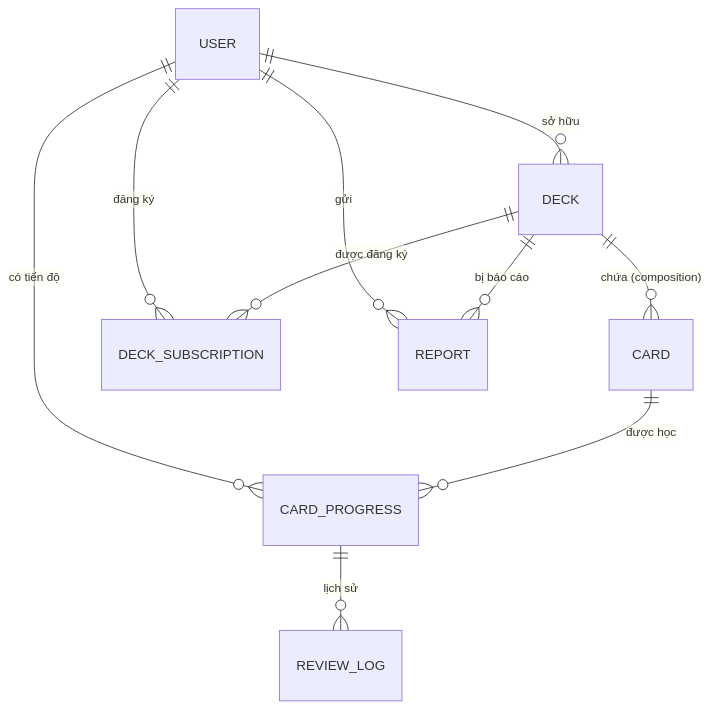
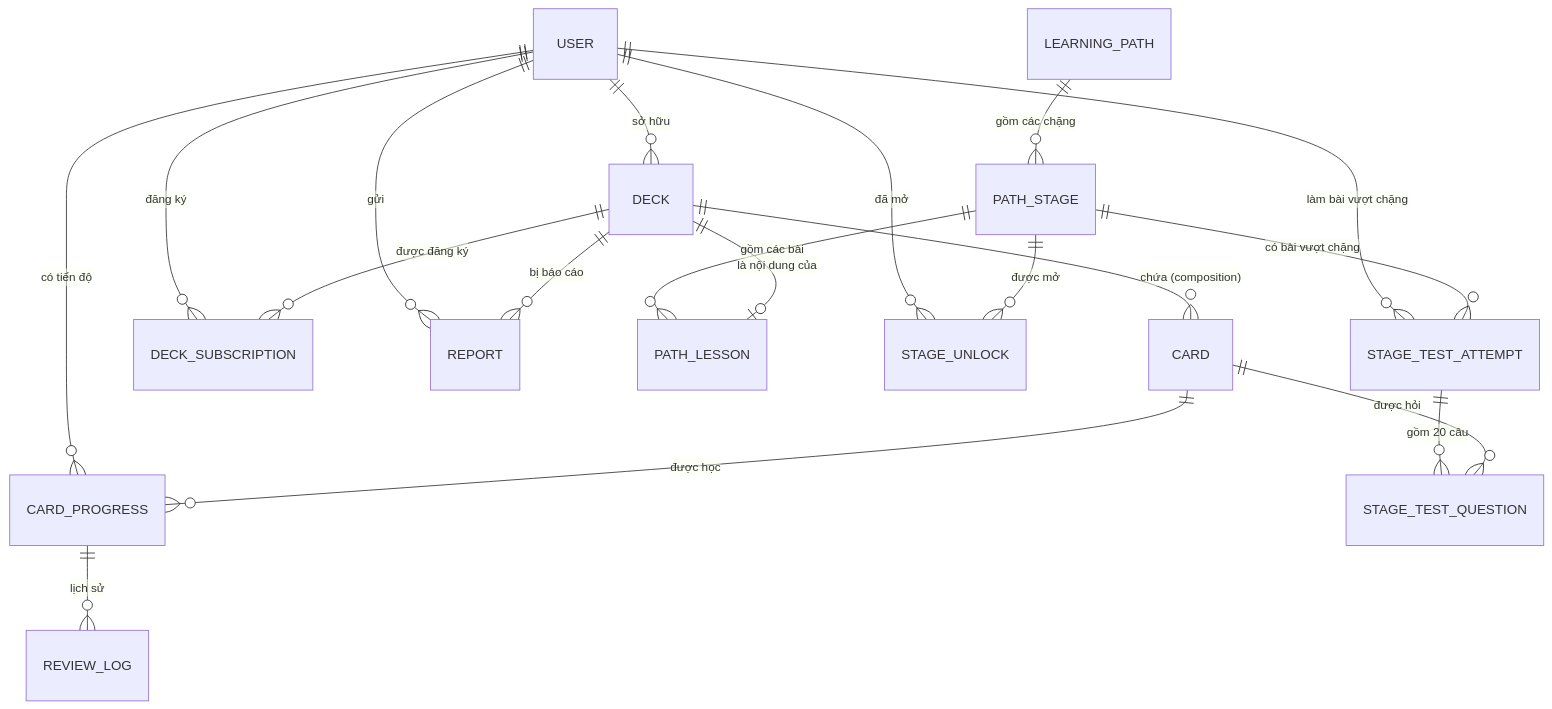
Before and after one commit to Minhtam-cr21/SpacedVocab: the diagram in docs/domain/business-spec.md, drawn with Mermaid. The commit also changed other lines of this file and 5 other files, not shown here.

First line of the commit message:
docs: nghiệp vụ và thiết kế lộ trình CEFR A1–C2 (chặng, bài, bài vượt chặng)

````diff
--- a/docs/domain/business-spec.md
+++ b/docs/domain/business-spec.md
@@ -48,12 +50,21 @@
 ```mermaid
 erDiagram
     USER ||--o{ DECK : "sở hữu"
     DECK ||--o{ CARD : "chứa (composition)"
     USER ||--o{ DECK_SUBSCRIPTION : "đăng ký"
     DECK ||--o{ DECK_SUBSCRIPTION : "được đăng ký"
     USER ||--o{ CARD_PROGRESS : "có tiến độ"
     CARD ||--o{ CARD_PROGRESS : "được học"
     CARD_PROGRESS ||--o{ REVIEW_LOG : "lịch sử"
     USER ||--o{ REPORT : "gửi"
     DECK ||--o{ REPORT : "bị báo cáo"
+    LEARNING_PATH ||--o{ PATH_STAGE : "gồm các chặng"
+    PATH_STAGE ||--o{ PATH_LESSON : "gồm các bài"
+    DECK ||--o| PATH_LESSON : "là nội dung của"
+    USER ||--o{ STAGE_UNLOCK : "đã mở"
+    PATH_STAGE ||--o{ STAGE_UNLOCK : "được mở"
+    USER ||--o{ STAGE_TEST_ATTEMPT : "làm bài vượt chặng"
+    PATH_STAGE ||--o{ STAGE_TEST_ATTEMPT : "có bài vượt chặng"
+    STAGE_TEST_ATTEMPT ||--o{ STAGE_TEST_QUESTION : "gồm 20 câu"
+    CARD ||--o{ STAGE_TEST_QUESTION : "được hỏi"
 ```
````
